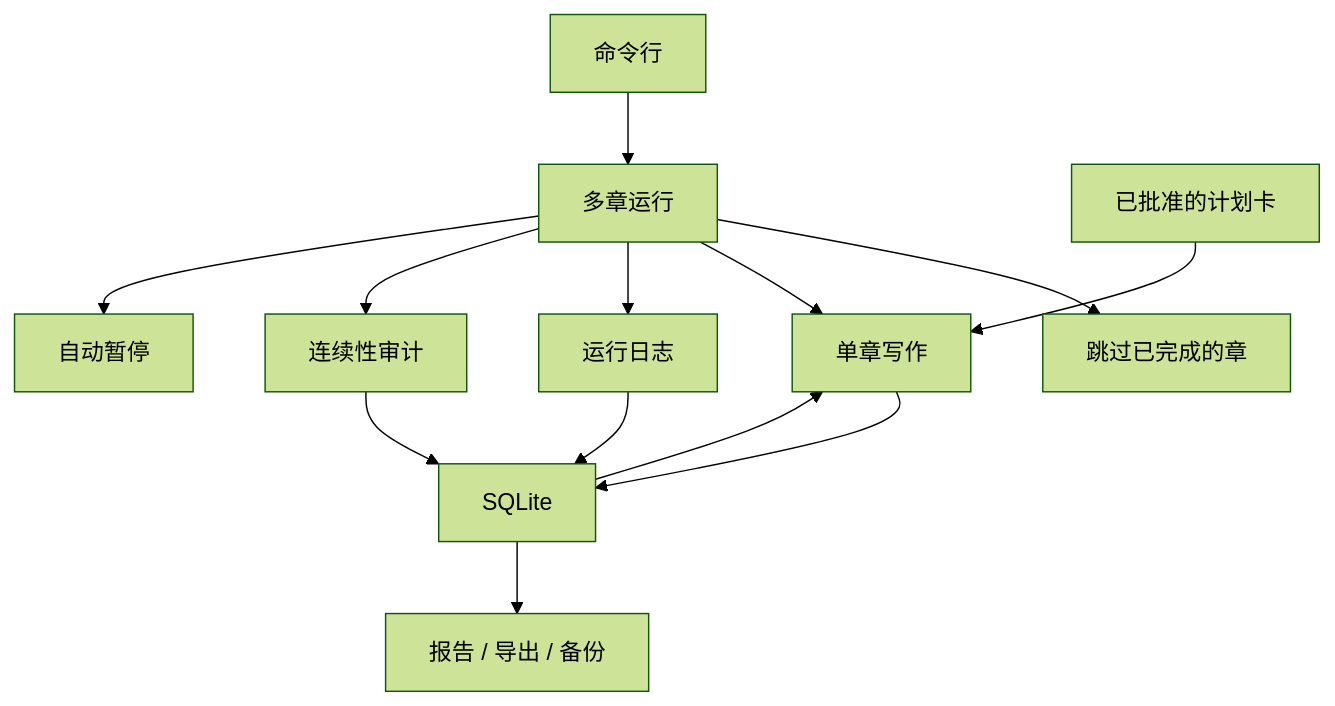
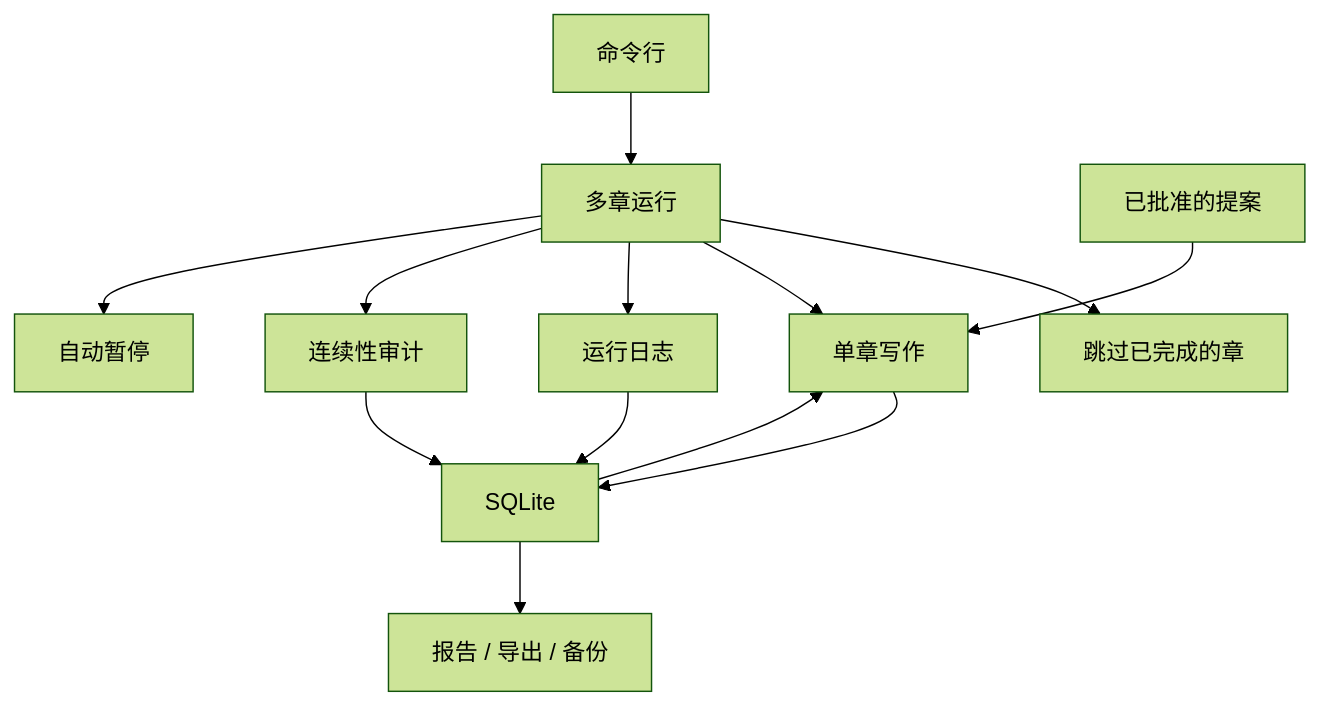
Before and after one commit to Bingtuu/Songyan: the first of 2 diagrams in README.md, drawn with Mermaid (forest theme). The commit also changed other lines of this file and 28 other files, not shown here.

````diff
--- a/README.md
+++ b/README.md
@@ -40,15 +40,15 @@
 ```mermaid
 flowchart TB
     CLI["命令行"] --> Runner["多章运行"]
     Runner --> Skip["跳过已完成的章"]
     Runner --> Chapter["单章写作"]
     Runner --> Log["运行日志"]
     Runner --> Continuity["连续性审计"]
     Runner --> Halt["自动暂停"]
-    Cards["已批准的计划卡"] --> Chapter
+    Cards["已批准的提案"] --> Chapter
     Chapter --> DB["SQLite"]
     Continuity --> DB
     Log --> DB
     DB --> Chapter
     DB --> Out["报告 / 导出 / 备份"]
 ```
````
